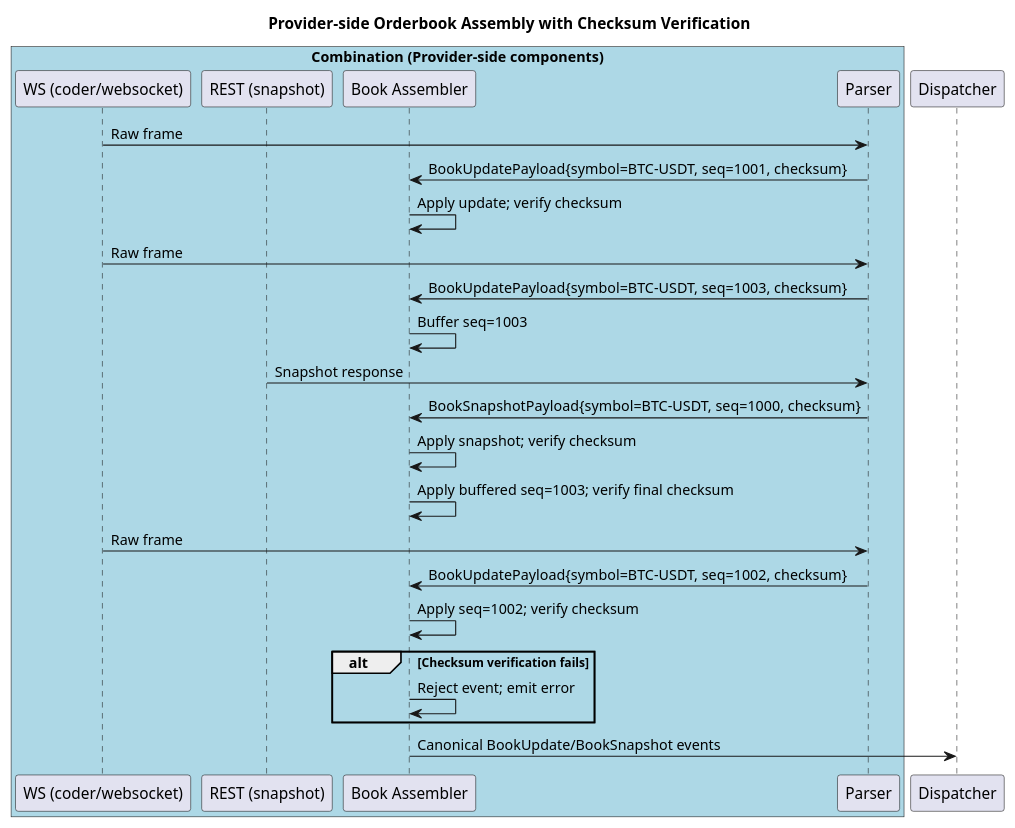
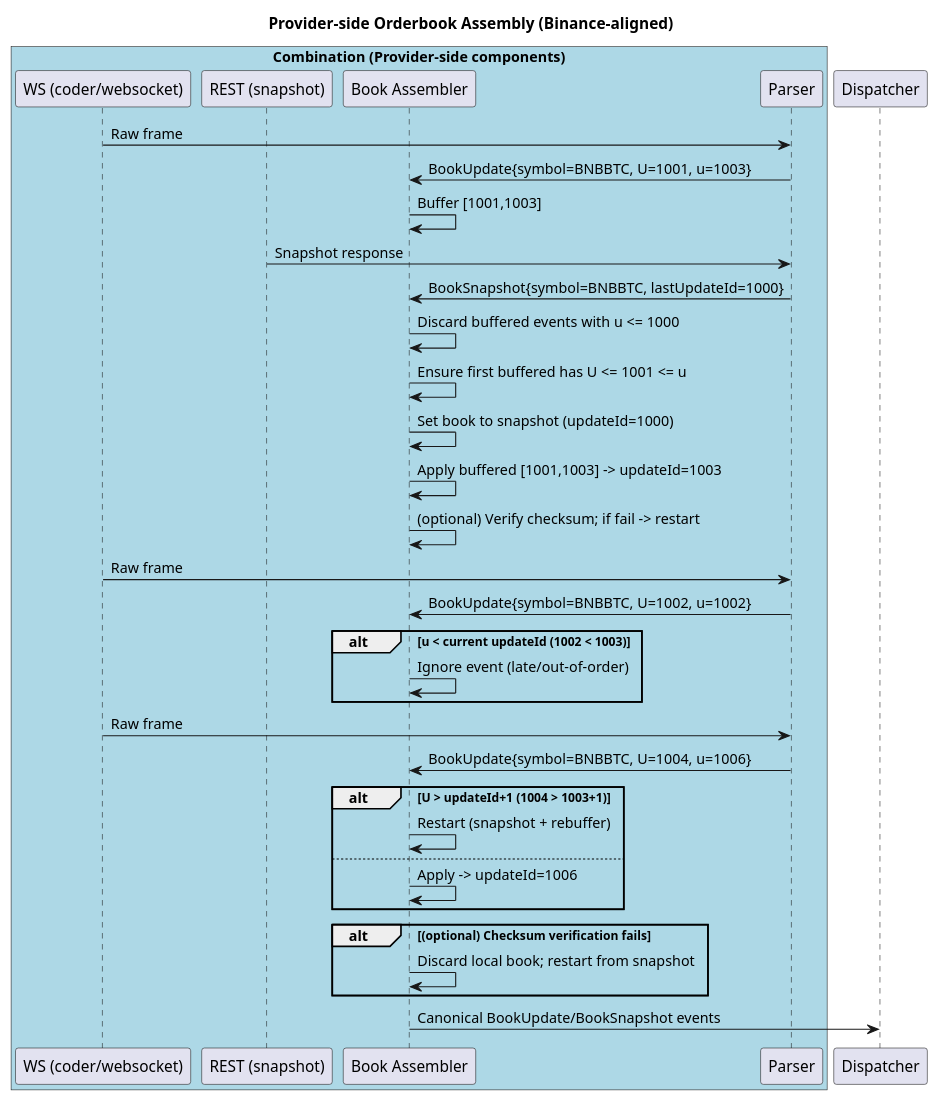
One commit to coachpo/meltica changed the diagram in docs/diagrams/orderbook-assembly-seq.puml. Above: the diagram before and after it, drawn with PlantUML.

Commit message:
Provider-side Orderbook Assembly (Binance-aligned)

```diff
--- a/docs/diagrams/orderbook-assembly-seq.puml
+++ b/docs/diagrams/orderbook-assembly-seq.puml
@@ -1,35 +1,44 @@
 @startuml
-title Provider-side Orderbook Assembly with Checksum Verification
+title Provider-side Orderbook Assembly (Binance-aligned)
 
 box "Combination (Provider-side components)" #LightBlue
   participant "WS (coder/websocket)" as WS
   participant "REST (snapshot)" as REST
   participant "Book Assembler" as BA
   participant "Parser" as Parser
 end box
 
 participant "Dispatcher" as Disp
 
 WS -> Parser : Raw frame
-Parser -> BA : BookUpdatePayload{symbol=BTC-USDT, seq=1001, checksum}
-BA -> BA : Apply update; verify checksum
+Parser -> BA : BookUpdate{symbol=BNBBTC, U=1001, u=1003}
+BA -> BA : Buffer [1001,1003]
+
+REST -> Parser : Snapshot response
+Parser -> BA : BookSnapshot{symbol=BNBBTC, lastUpdateId=1000}
+BA -> BA : Discard buffered events with u <= 1000
+BA -> BA : Ensure first buffered has U <= 1001 <= u
+BA -> BA : Set book to snapshot (updateId=1000)
+BA -> BA : Apply buffered [1001,1003] -> updateId=1003
+BA -> BA : (optional) Verify checksum; if fail -> restart
 
 WS -> Parser : Raw frame
-Parser -> BA : BookUpdatePayload{symbol=BTC-USDT, seq=1003, checksum}
-BA -> BA : Buffer seq=1003
-
-REST -> Parser : Snapshot response
-Parser -> BA : BookSnapshotPayload{symbol=BTC-USDT, seq=1000, checksum}
-BA -> BA : Apply snapshot; verify checksum
-BA -> BA : Apply buffered seq=1003; verify final checksum
+Parser -> BA : BookUpdate{symbol=BNBBTC, U=1002, u=1002}
+alt u < current updateId (1002 < 1003)
+  BA -> BA : Ignore event (late/out-of-order)
+end alt
 
 WS -> Parser : Raw frame
-Parser -> BA : BookUpdatePayload{symbol=BTC-USDT, seq=1002, checksum}
-BA -> BA : Apply seq=1002; verify checksum
+Parser -> BA : BookUpdate{symbol=BNBBTC, U=1004, u=1006}
+alt U > updateId+1 (1004 > 1003+1)
+  BA -> BA : Restart (snapshot + rebuffer)
+else
+  BA -> BA : Apply -> updateId=1006
+end
 
-alt Checksum verification fails
-  BA -> BA : Reject event; emit error
+alt (optional) Checksum verification fails
+  BA -> BA : Discard local book; restart from snapshot
 end
 
 BA -> Disp : Canonical BookUpdate/BookSnapshot events
 @enduml
```
